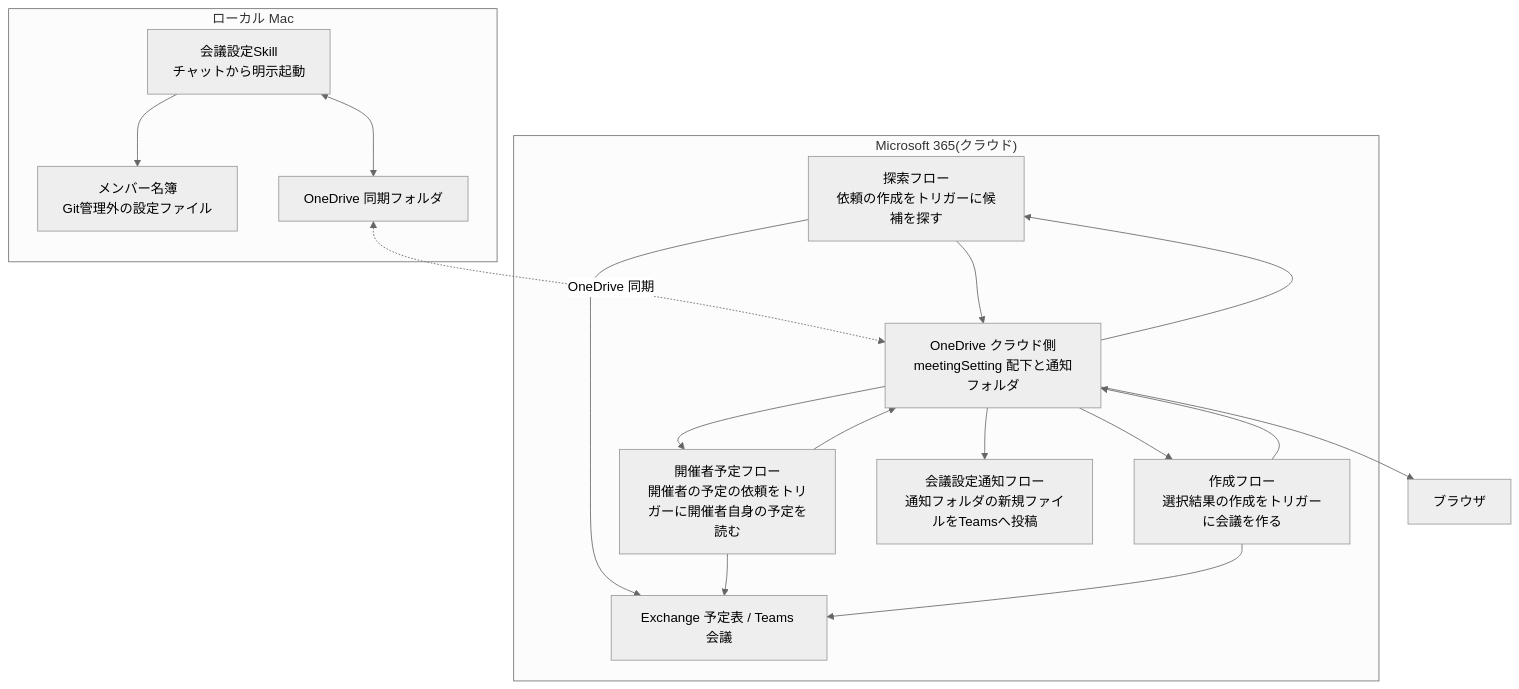
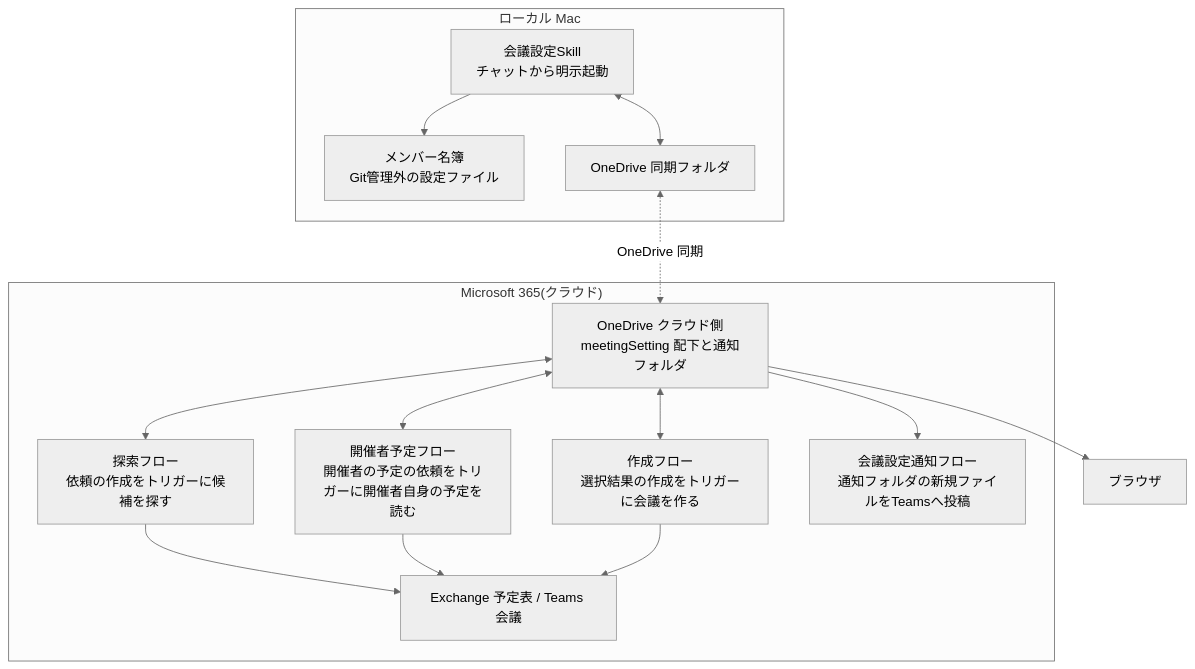
Before and after one commit to dnode-ryosuke-yamazaki/study: the second of 2 diagrams in apps/meeting-setup-automation/specs/architecture.md, drawn with Mermaid (neutral theme). The commit also changed other lines of this file and 4 other files, not shown here.

First line of the commit message:
docs(meeting-setup-automation): 開催者の予定のみ重なる枠の仕様レビュー指摘を反映し、architecture.md を層分けの新形式にする

````diff
--- a/apps/meeting-setup-automation/specs/architecture.md
+++ b/apps/meeting-setup-automation/specs/architecture.md
@@ -80,31 +86,31 @@
 ```mermaid
 flowchart TD
     subgraph cloud["Microsoft 365(クラウド)"]
         PA1["探索フロー<br/>依頼の作成をトリガーに候補を探す"]
         PA4["開催者予定フロー<br/>開催者の予定の依頼をトリガーに開催者自身の予定を読む"]
         PA2["作成フロー<br/>選択結果の作成をトリガーに会議を作る"]
         PA3["会議設定通知フロー<br/>通知フォルダの新規ファイルをTeamsへ投稿"]
         CAL["Exchange 予定表 / Teams 会議"]
         ODC["OneDrive クラウド側<br/>meetingSetting 配下と通知フォルダ"]
     end
 
     subgraph mac["ローカル Mac"]
         SKILL["会議設定Skill<br/>チャットから明示起動"]
         ROSTER["メンバー名簿<br/>Git管理外の設定ファイル"]
         ODL["OneDrive 同期フォルダ"]
     end
 
     BROWSER["ブラウザ"]
 
     SKILL --> ROSTER
     SKILL <--> ODL
     ODL <-. OneDrive 同期 .-> ODC
-    ODC --> PA1 --> CAL
-    PA1 --> ODC
-    ODC --> PA4 --> CAL
-    PA4 --> ODC
-    ODC --> PA2 --> CAL
-    PA2 --> ODC
+    ODC <--> PA1
+    PA1 --> CAL
+    ODC <--> PA4
+    PA4 --> CAL
+    ODC <--> PA2
+    PA2 --> CAL
     ODC --> PA3
     ODC --> BROWSER
 ```
````
